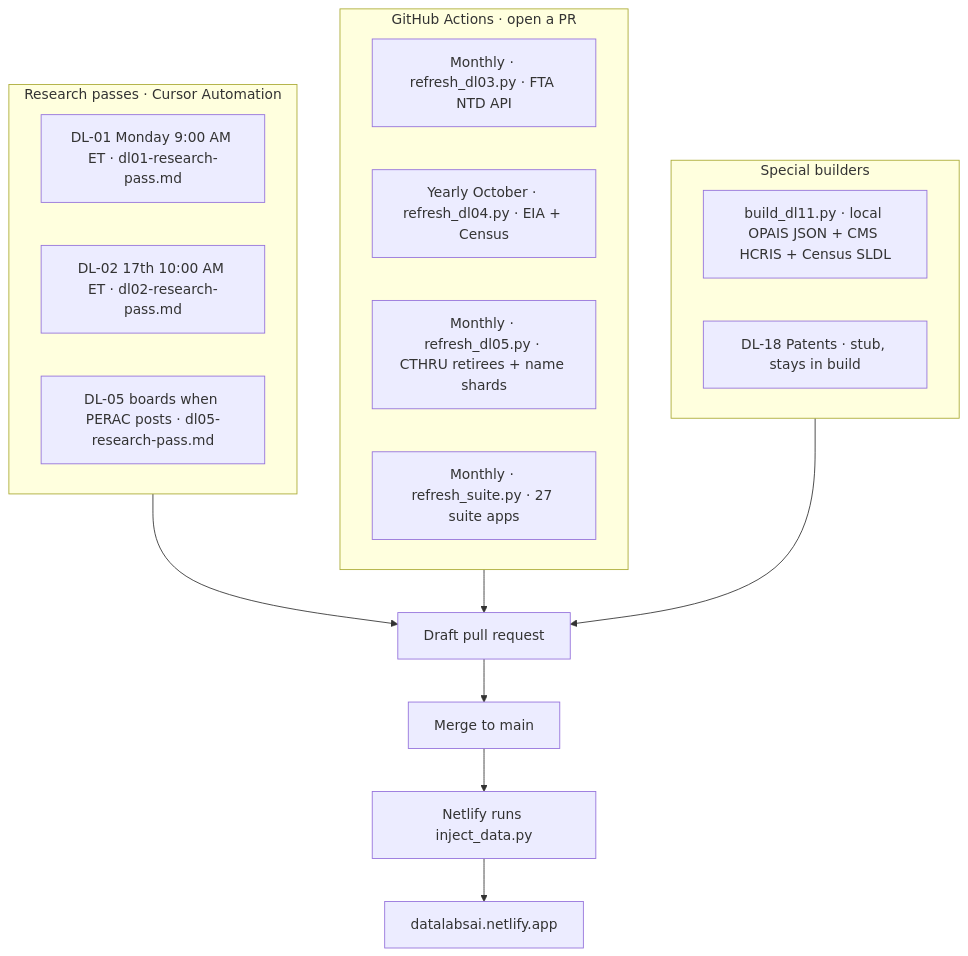
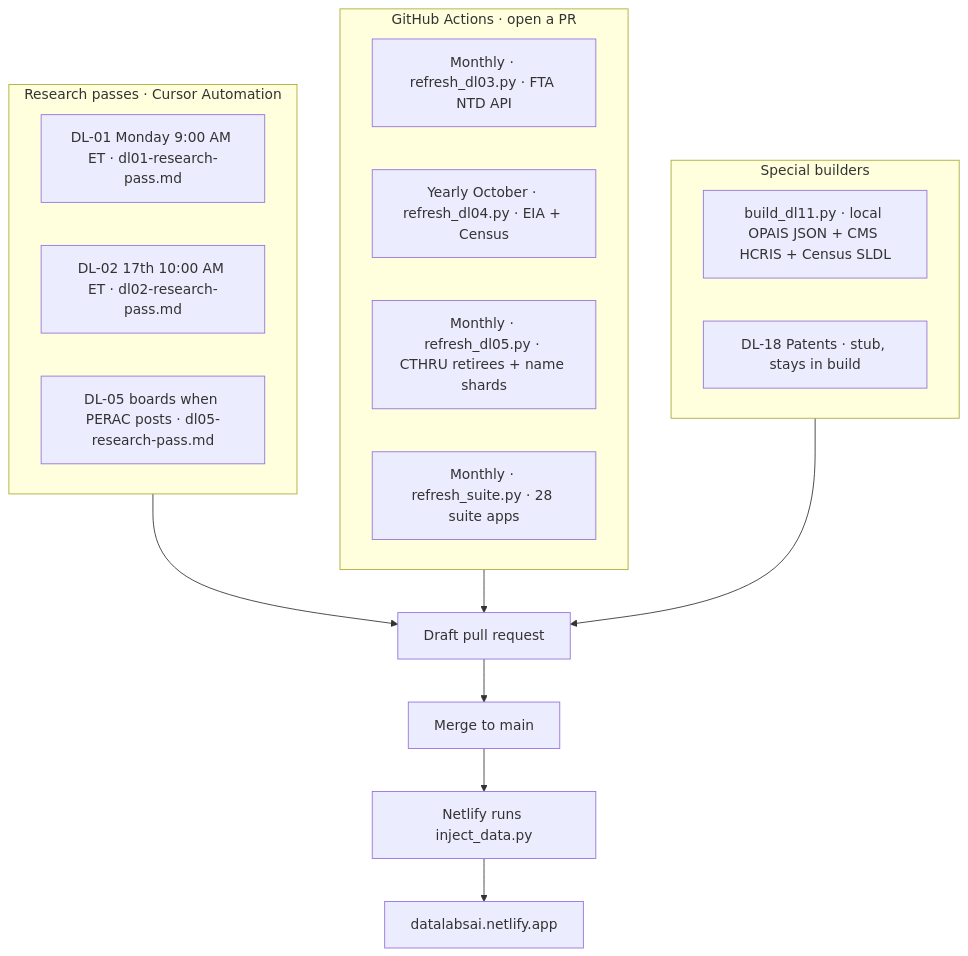
Before and after one commit to jcalabr3ez/datalabs-prototype: the sixth of 8 diagrams in ARCHITECTURE.md, drawn with Mermaid. The commit also changed other lines of this file and 4 other files, not shown here.

First line of the commit message:
Fix the suite refresh count after Family Healthcare Costs.

````diff
--- a/ARCHITECTURE.md
+++ b/ARCHITECTURE.md
@@ -193,24 +193,24 @@
 ```mermaid
 flowchart TB
   subgraph human [Research passes · Cursor Automation]
     R01["DL-01 Monday 9:00 AM ET · dl01-research-pass.md"]
     R02["DL-02 17th 10:00 AM ET · dl02-research-pass.md"]
     R05b["DL-05 boards when PERAC posts · dl05-research-pass.md"]
   end
   subgraph actions [GitHub Actions · open a PR]
     A03["Monthly · refresh_dl03.py · FTA NTD API"]
     A04["Yearly October · refresh_dl04.py · EIA + Census"]
     A05["Monthly · refresh_dl05.py · CTHRU retirees + name shards"]
-    A06["Monthly · refresh_suite.py · 27 suite apps"]
+    A06["Monthly · refresh_suite.py · 28 suite apps"]
   end
   subgraph special [Special builders]
     B11["build_dl11.py · local OPAIS JSON + CMS HCRIS + Census SLDL"]
     B18["DL-18 Patents · stub, stays in build"]
   end
   human --> PR[Draft pull request]
   actions --> PR
   special --> PR
   PR --> Main[Merge to main]
   Main --> Netlify[Netlify runs inject_data.py]
   Netlify --> Live[datalabsai.netlify.app]
 ```
````
